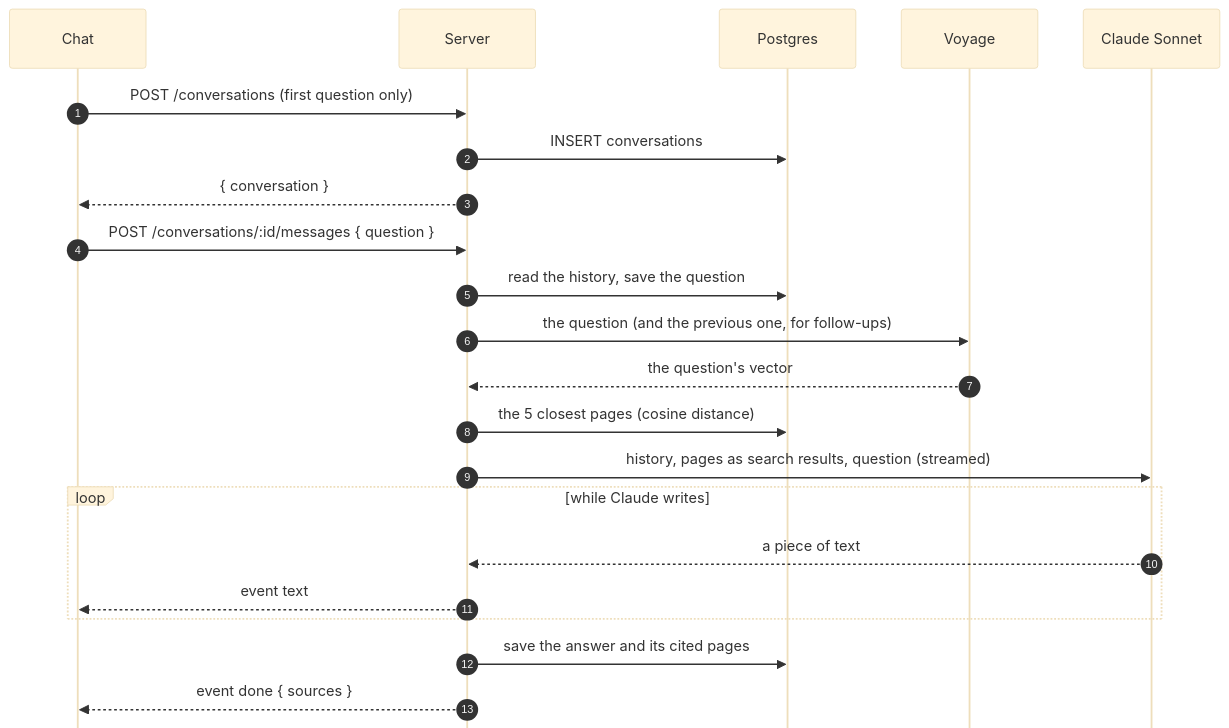
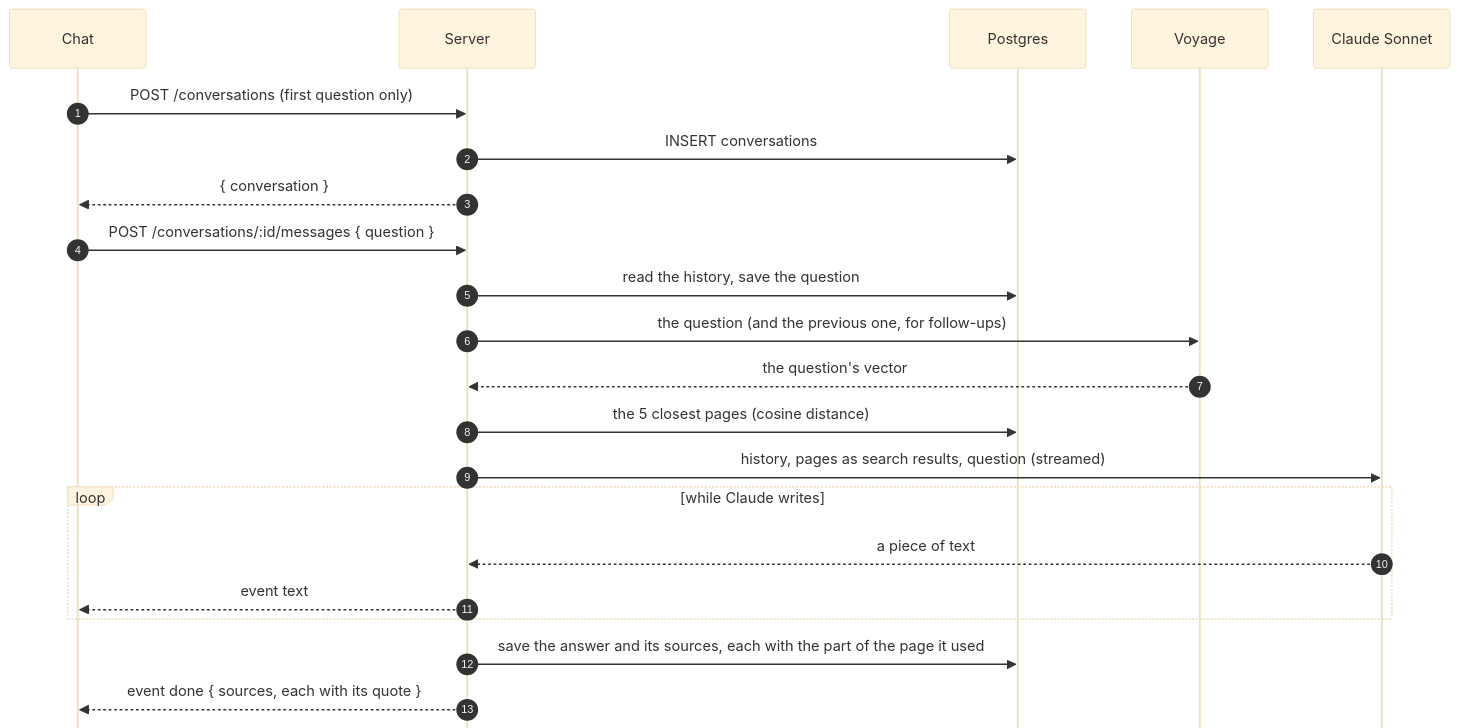
The third of 3 diagrams in README.md (arberhh/multimodal-rag), drawn with Mermaid (base theme) before and after one commit. The commit also changed other lines of this file and 4 other files, not shown here.

````diff
--- a/README.md
+++ b/README.md
@@ -123,26 +123,26 @@
 ```mermaid
 %%{init: {"sequence": {"mirrorActors": false}}}%%
 sequenceDiagram
   autonumber
   participant App as Chat
   participant API as Server
   participant DB as Postgres
   participant Voyage
   participant Sonnet as Claude Sonnet
 
   App->>API: POST /conversations (first question only)
   API->>DB: INSERT conversations
   API-->>App: { conversation }
   App->>API: POST /conversations/:id/messages { question }
   API->>DB: read the history, save the question
   API->>Voyage: the question (and the previous one, for follow-ups)
   Voyage-->>API: the question's vector
   API->>DB: the 5 closest pages (cosine distance)
   API->>Sonnet: history, pages as search results, question (streamed)
   loop while Claude writes
     Sonnet-->>API: a piece of text
     API-->>App: event text
   end
-  API->>DB: save the answer and its cited pages
-  API-->>App: event done { sources }
+  API->>DB: save the answer and its sources, each with the part of the page it used
+  API-->>App: event done { sources, each with its quote }
 ```
````
